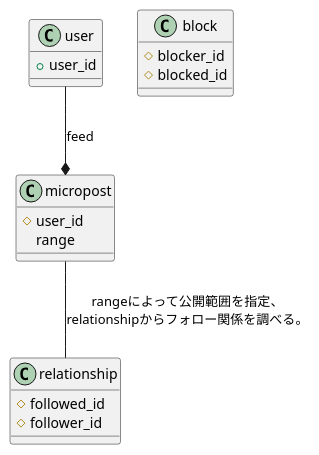
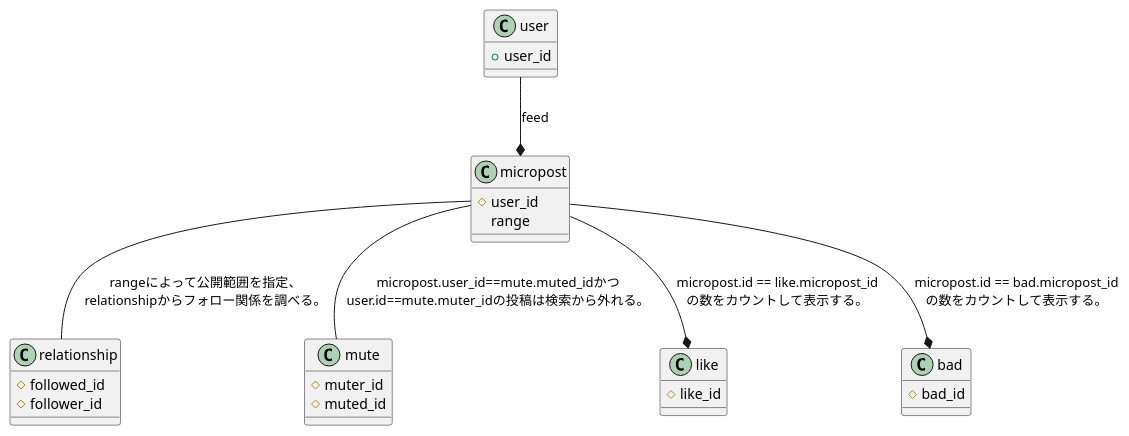
One commit to YukiTakeuchi710/sample_app_design_document changed the diagram in activity/feed.pu. Above: the diagram before and after it, drawn with PlantUML. The commit also changed 7 other files, not shown here.

Commit message:
like・Bad・liked_users sequence図の追加

```diff
--- a/activity/feed.pu
+++ b/activity/feed.pu
@@ -1,40 +1,45 @@
 @startuml
 
 class user {
     +user_id
 }
 
 
 class relationship {
     #followed_id
     #follower_id
 }
 
 
 class micropost {
    # user_id
     range
 }
 
-'class mute {
-'    #muter_id
-'    #muted_id
-'}
+class mute {
+    #muter_id
+    #muted_id
+}
 
-class block {
-    #blocker_id
-    #blocked_id
+class like {
+    #like_id
 }
+class bad {
+    #bad_id
+}
+
 
 user --* micropost :feed
 
 ' 公開範囲の仕様
 micropost -- relationship :rangeによって公開範囲を指定、\nrelationshipからフォロー関係を調べる。
 'relationship -- 投稿user :range 1:follwer-userの場合 検索user.user_id
-
+micropost -- mute:micropost.user_id==mute.muted_idかつ\nuser.id==mute.muter_idの投稿は検索から外れる。
+micropost --* like:micropost.id == like.micropost_id\nの数をカウントして表示する。
+micropost --* bad:micropost.id == bad.micropost_id\nの数をカウントして表示する。
 ' muteの仕様
 'user --* mute :muted_idに検索者が入っているデータがある場合
 'mute -- micropost :検索者.id == muter_id で絞込まれたデータ群をmute.muted_id == micropost.user_idの投稿は検索から外す。（最優先する）
 
 ' blockの仕様
 @enduml
```
